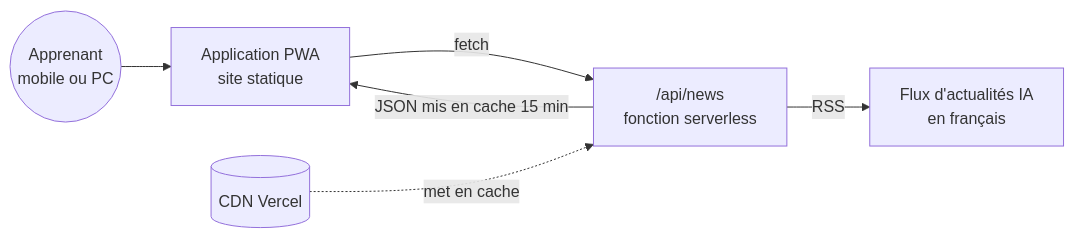
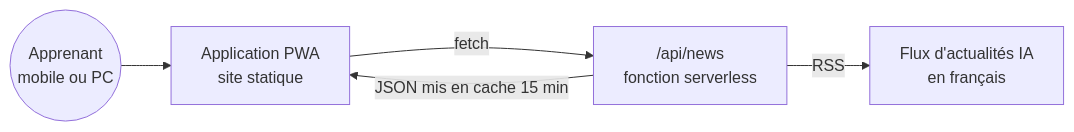
Before and after one commit to Teede-N/afrique-ia: the second of 2 diagrams in README.md, drawn with Mermaid. The commit also changed other lines of this file, not shown here.

````diff
--- a/README.md
+++ b/README.md
@@ -53,8 +95,7 @@
 ```mermaid
 flowchart LR
     U((Apprenant<br/>mobile ou PC)) --> PWA[Application PWA<br/>site statique]
     PWA -->|fetch| API["/api/news<br/>fonction serverless"]
     API -->|RSS| G[Flux d'actualités IA<br/>en français]
     API -->|JSON mis en cache 15 min| PWA
-    CDN[(CDN Vercel)] -.met en cache.-> API
 ```
````
